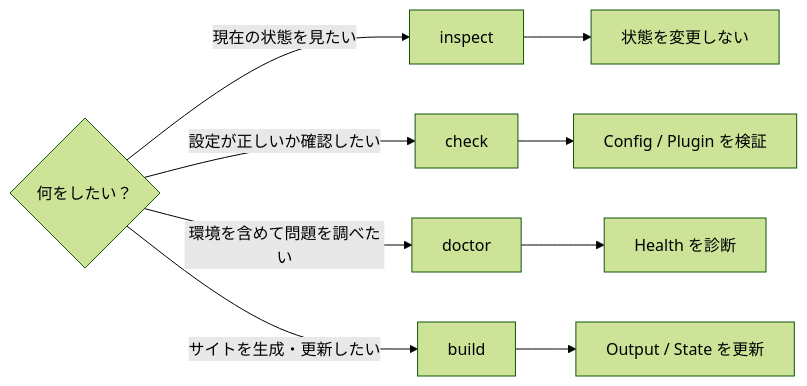
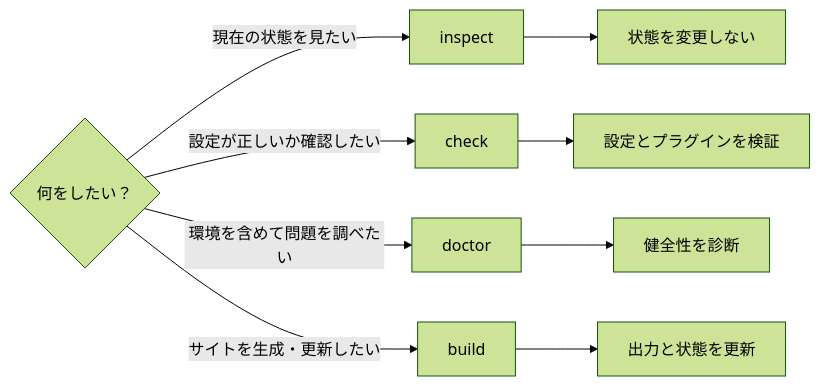
Before and after one commit to Rerurate514/riebeckite: the fourth of 4 diagrams in docs/docs/framework/inspector.ja.md, drawn with Mermaid (forest theme). The commit also changed other lines of this file and 310 other files, not shown here.

````diff
--- a/docs/docs/framework/inspector.ja.md
+++ b/docs/docs/framework/inspector.ja.md
@@ -199,14 +199,14 @@
 ```mermaid id="mx8l24"
 flowchart LR
     Q{"何をしたい？"}
 
     Q -->|"現在の状態を見たい"| I["inspect"]
     Q -->|"設定が正しいか確認したい"| C["check"]
     Q -->|"環境を含めて問題を調べたい"| D["doctor"]
     Q -->|"サイトを生成・更新したい"| B["build"]
 
     I --> IR["状態を変更しない"]
-    C --> CR["Config / Plugin を検証"]
-    D --> DR["Health を診断"]
-    B --> BR["Output / State を更新"]
+    C --> CR["設定とプラグインを検証"]
+    D --> DR["健全性を診断"]
+    B --> BR["出力と状態を更新"]
 ```
````
